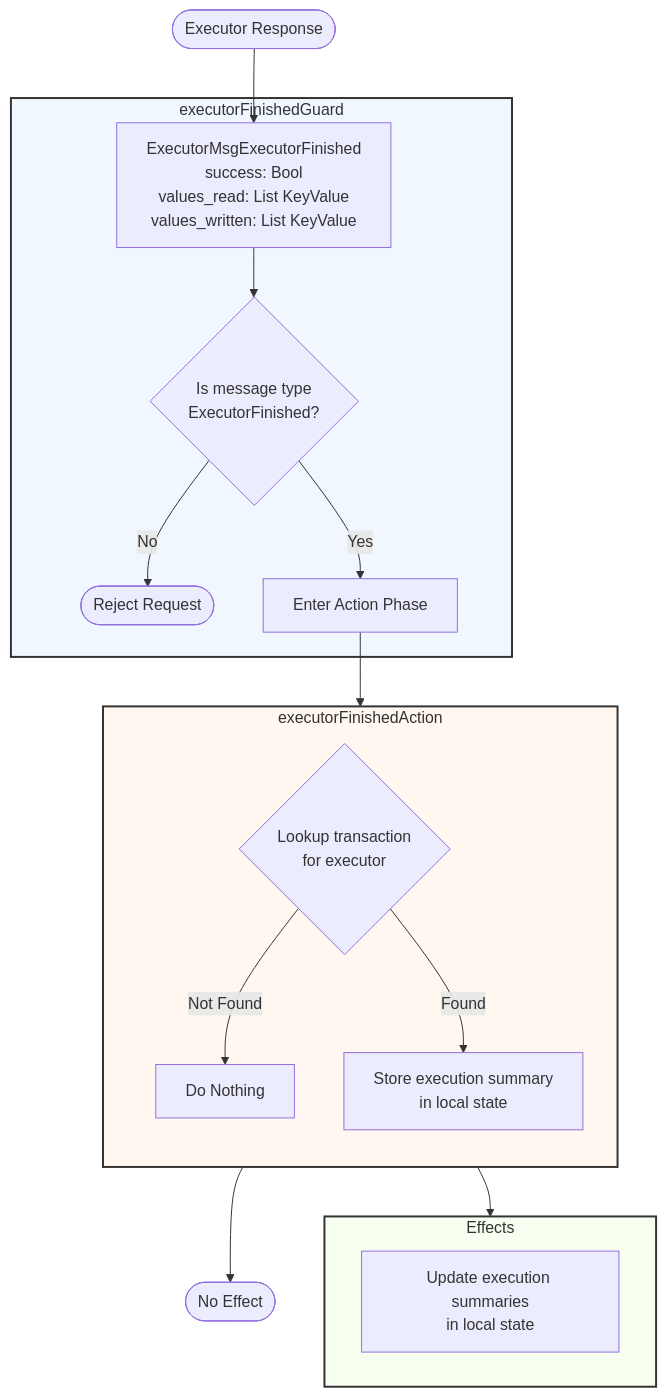
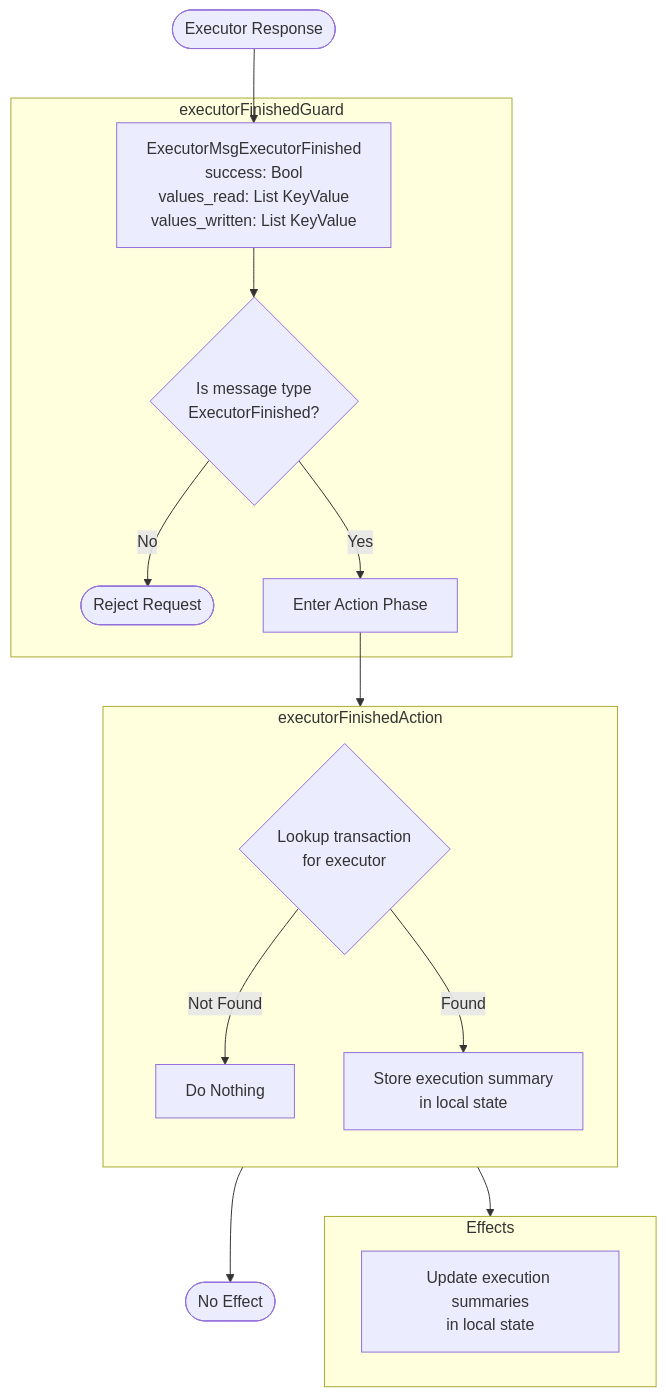
Before and after one commit to anoma/nspec: the second of 2 diagrams in docs/arch/node/engines/mempool_worker_behaviour.juvix.md, drawn with Mermaid. The commit also changed other lines of this file and 2 other files, not shown here.

Commit message:
Enhance documentation for Mempool Worker: improved clarity and consistency in transaction request flow, updated message types, and refined sequence diagrams.

````diff
--- a/docs/arch/node/engines/mempool_worker_behaviour.juvix.md
+++ b/docs/arch/node/engines/mempool_worker_behaviour.juvix.md
@@ -225,30 +222,26 @@
 ```mermaid
 flowchart TD
     Start([Executor Response]) --> MsgReq[ExecutorMsgExecutorFinished<br/>success: Bool<br/>values_read: List KeyValue<br/>values_written: List KeyValue]
 
     subgraph Guard["executorFinishedGuard"]
         MsgReq --> ValidType{Is message type<br/>ExecutorFinished?}
         ValidType -->|No| Reject([Reject Request])
         ValidType -->|Yes| ActionEntry[Enter Action Phase]
     end
 
     ActionEntry --> Action
 
     subgraph Action["executorFinishedAction"]
         direction TB
         FindTx{Lookup transaction<br/>for executor}
         FindTx -->|Not Found| NoAction[Do Nothing]
         FindTx -->|Found| Store[Store execution summary<br/>in local state]
     end
 
     Store --> Effects
     NoAction --> NoEffect([No Effect])
 
     subgraph Effects[Effects]
         State[Update execution summaries<br/>in local state]
     end
-
-    style Guard fill:#f0f7ff,stroke:#333,stroke-width:2px
-    style Action fill:#fff7f0,stroke:#333,stroke-width:2px
-    style Effects fill:#f7fff0,stroke:#333,stroke-width:2px
 ```
````
